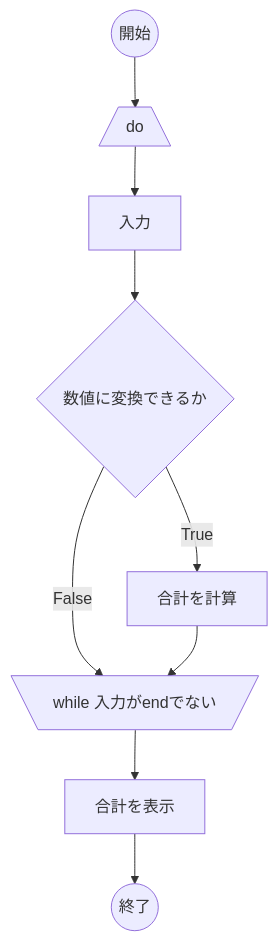
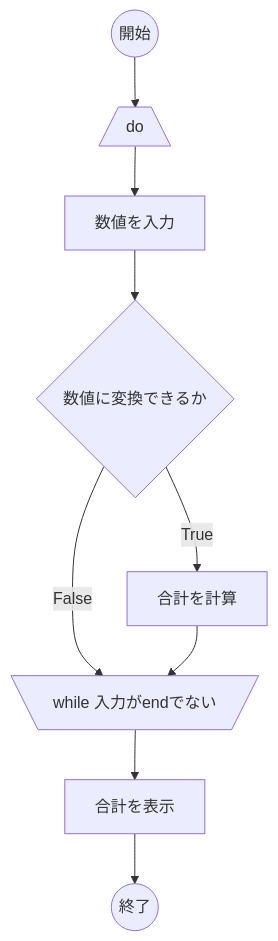
Before and after one commit to 2023-new-graduate-takadanobaba/yamada: the diagram in 003_足し算.md, drawn with Mermaid.

````diff
--- a/003_足し算.md
+++ b/003_足し算.md
@@ -103,11 +103,11 @@
 ```mermaid
 flowchart TB;
   A(("開始")) --> B[/do\];
-  B --> C["入力"];
+  B --> C["数値を入力"];
   C --> D{"数値に変換できるか"};
   D --True--> E["合計を計算"];
   D --False--> F[\while 入力がendでない/];
   E --> F;
   F --> G["合計を表示"];
   G --> Z(("終了"));
 ```
````
